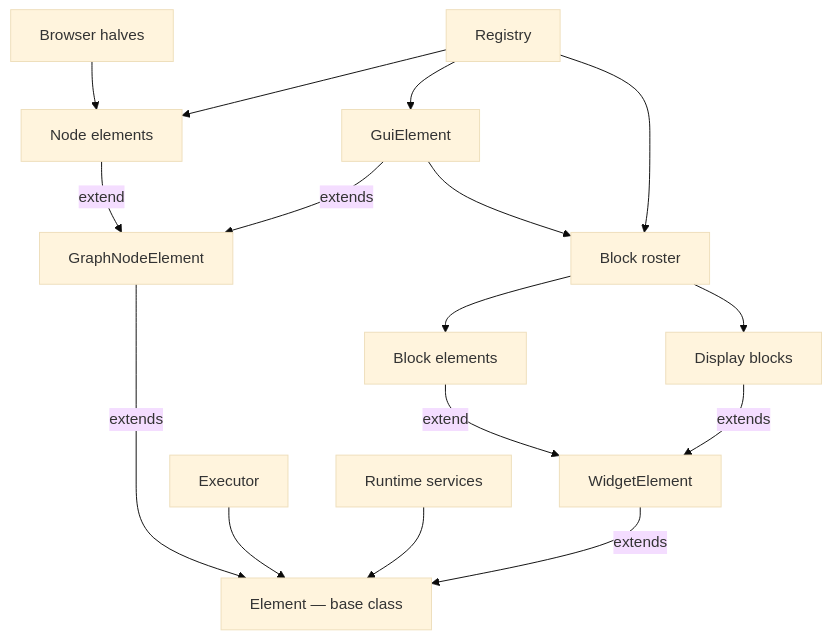
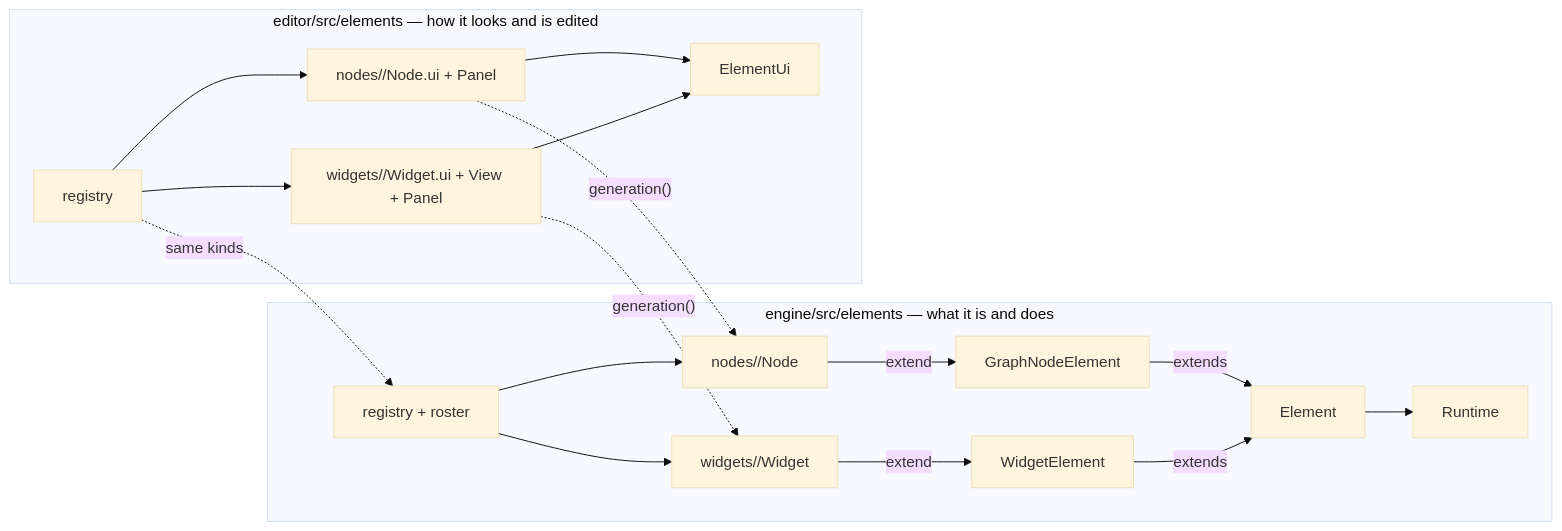
One commit to Archimedes79/AI_Graph changed the diagram in arch/elements.md. Above: the diagram before and after it, drawn with Mermaid (base theme). The commit also changed other lines of this file and 7 other files, not shown here.

````diff
--- a/arch/elements.md
+++ b/arch/elements.md
@@ -8,31 +10,33 @@
 ```mermaid
-flowchart TD
-  Base["Element — base class"]
-  NodeBase["GraphNodeElement"]
-  WidgetBase["WidgetElement"]
-  Nodes["Node elements"]
-  Gui["GuiElement"]
-  Blocks["Block elements"]
-  Display["Display blocks"]
-  Roster["Block roster"]
-  Registry["Registry"]
-  Executor["Executor"]
-  Runtime["Runtime services"]
-  EditorHalves["Browser halves"]
+flowchart LR
+  subgraph engine["engine/src/elements — what it is and does"]
+    Base["Element"]
+    NodeBase["GraphNodeElement"]
+    WidgetBase["WidgetElement"]
+    Nodes["nodes/<kind>/<Kind>Node"]
+    Widgets["widgets/<kind>/<Kind>Widget"]
+    Registry["registry + roster"]
+    Runtime["Runtime"]
+  end
+  subgraph editor["editor/src/elements — how it looks and is edited"]
+    Contract["ElementUi"]
+    NodeUis["nodes/<kind>/<Kind>Node.ui + Panel"]
+    WidgetUis["widgets/<kind>/<Kind>Widget.ui + View + Panel"]
+    UiRegistry["registry"]
+  end
 
   NodeBase -- extends --> Base
   WidgetBase -- extends --> Base
   Nodes -- extend --> NodeBase
-  Gui -- extends --> NodeBase
-  Blocks -- extend --> WidgetBase
-  Display -- extends --> WidgetBase
-  Gui --> Roster
-  Roster --> Blocks
-  Roster --> Display
+  Widgets -- extend --> WidgetBase
+  Base --> Runtime
   Registry --> Nodes
-  Registry --> Gui
-  Registry --> Roster
-  Executor --> Base
-  Runtime --> Base
-  EditorHalves --> Nodes
+  Registry --> Widgets
+  NodeUis --> Contract
+  WidgetUis --> Contract
+  UiRegistry --> NodeUis
+  UiRegistry --> WidgetUis
+  NodeUis -. "generation()" .-> Nodes
+  WidgetUis -. "generation()" .-> Widgets
+  UiRegistry -. "same kinds" .-> Registry
 ```
````
